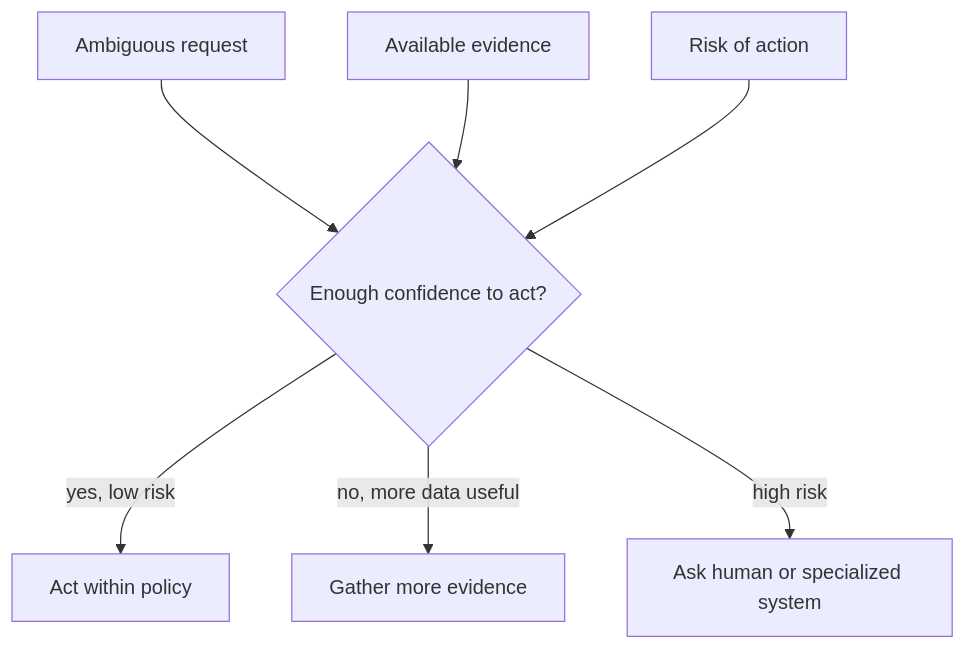
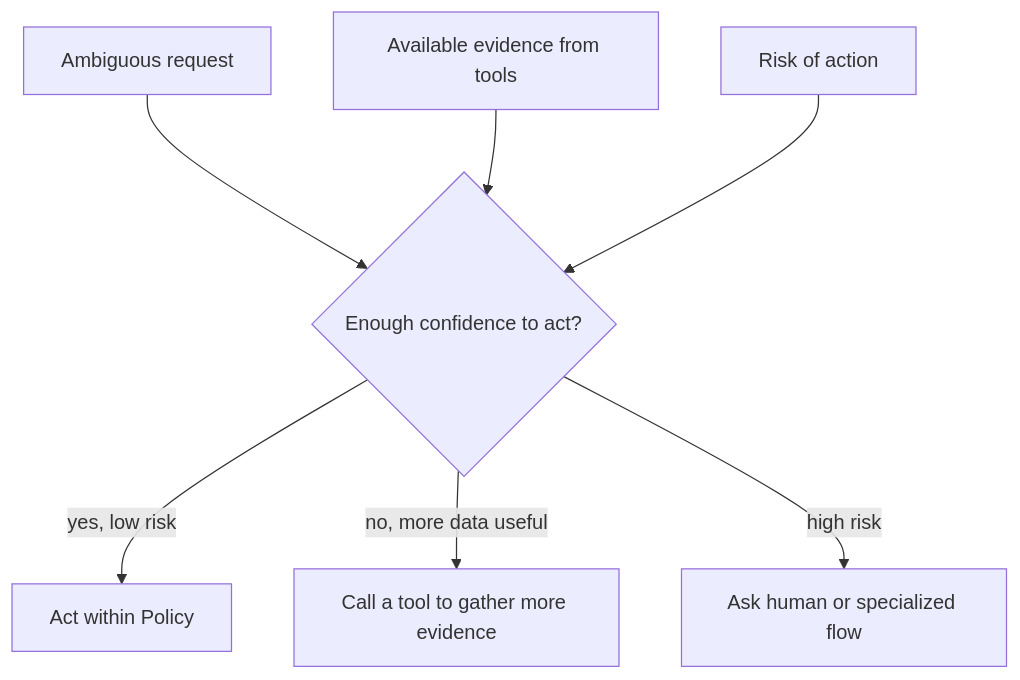
Before and after one commit to naren-allam/agents-beginners: the fourth of 11 diagrams in book/chapters/chapter-02-from-agents-to-agentic-ai.md, drawn with Mermaid. The commit also changed other lines of this file and 28 other files, not shown here.

````diff
--- a/book/chapters/chapter-02-from-agents-to-agentic-ai.md
+++ b/book/chapters/chapter-02-from-agents-to-agentic-ai.md
@@ -99,17 +106,17 @@
 ```mermaid
 flowchart TD
     Request["Ambiguous request"]
-    Evidence["Available evidence"]
+    Evidence["Available evidence from tools"]
     Risk["Risk of action"]
     Decision{"Enough confidence to act?"}
-    Act["Act within policy"]
-    Gather["Gather more evidence"]
-    Escalate["Ask human or specialized system"]
+    Act["Act within Policy"]
+    Gather["Call a tool to gather more evidence"]
+    Escalate["Ask human or specialized flow"]
 
     Request --> Decision
     Evidence --> Decision
     Risk --> Decision
     Decision -- "yes, low risk" --> Act
     Decision -- "no, more data useful" --> Gather
     Decision -- "high risk" --> Escalate
 ```
````
